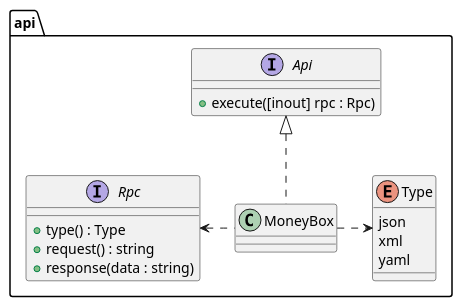
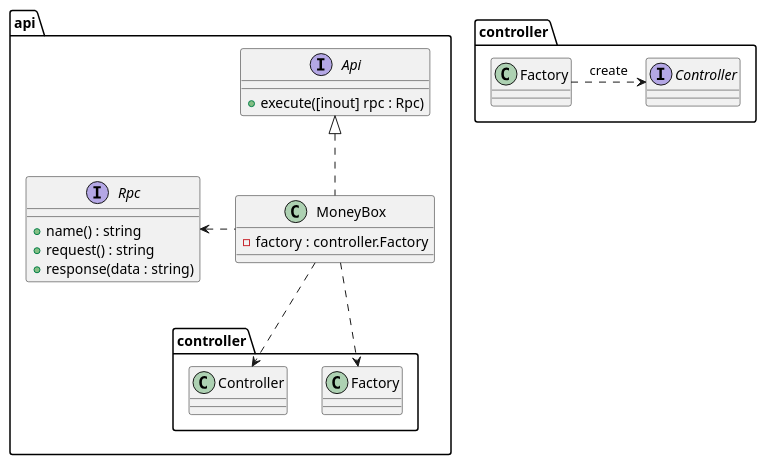
One commit to bonewell/moneybox changed the diagram in uml/api-class.puml. Above: the diagram before and after it, drawn with PlantUML. The commit also changed 5 other files, not shown here.

Commit message:
Update UML model v1

```diff
--- a/uml/api-class.puml
+++ b/uml/api-class.puml
@@ -1,22 +1,26 @@
 @startuml
 namespace api {
-    enum Type {
-        json
-        xml
-        yaml
-    }
     interface Rpc {
-        + type() : Type
+        + name() : string
         + request() : string
         + response(data : string)
     }
     interface Api {
         + execute([inout] rpc : Rpc)
     }
-    class MoneyBox
+    class MoneyBox {
+        - factory : controller.Factory
+    }
 
     Api <|.. MoneyBox
     Rpc <. MoneyBox
-    MoneyBox .> Type
+    MoneyBox ..> controller.Controller
+    MoneyBox ..> controller.Factory
+}
+namespace controller {
+    interface Controller
+    class Factory
+
+    Factory .> Controller : create
 }
 @enduml
```
